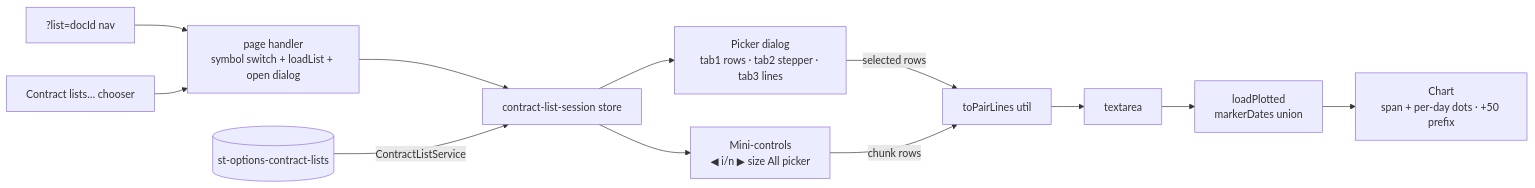
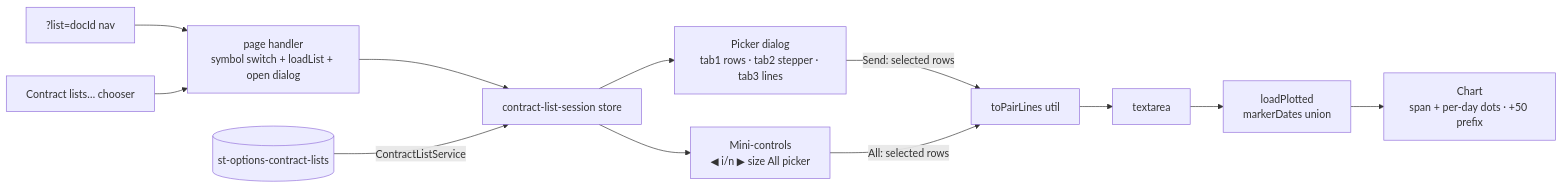
The diagram in docs/topics/1243-options/1243-1352-1358-IMPL-OPTIONS-FE-option-contract-viewer-contract-list-picker.md (rinebob/rel-str), drawn with Mermaid before and after one commit. The commit also changed other lines of this file and 4 other files, not shown here.

````diff
--- a/docs/topics/1243-options/1243-1352-1358-IMPL-OPTIONS-FE-option-contract-viewer-contract-list-picker.md
+++ b/docs/topics/1243-options/1243-1352-1358-IMPL-OPTIONS-FE-option-contract-viewer-contract-list-picker.md
@@ -36,13 +36,13 @@
 ```mermaid
 flowchart LR
     Q[?list=docId nav] --> H[page handler<br/>symbol switch + loadList + open dialog]
     C[Contract lists… chooser] --> H
     H --> SS[contract-list-session store]
     FS[(st-options-contract-lists)] -->|ContractListService| SS
     SS --> D[Picker dialog<br/>tab1 rows · tab2 stepper · tab3 lines]
     SS --> M[Mini-controls<br/>◀ i/n ▶ size All picker]
-    D -->|selected rows| E[toPairLines util]
-    M -->|chunk rows| E
+    D -->|Send: selected rows| E[toPairLines util]
+    M -->|All: selected rows| E
     E --> TA[textarea] --> LP[loadPlotted<br/>markerDates union]
     LP --> CH[Chart<br/>span + per-day dots · +50 prefix]
 ```
````
